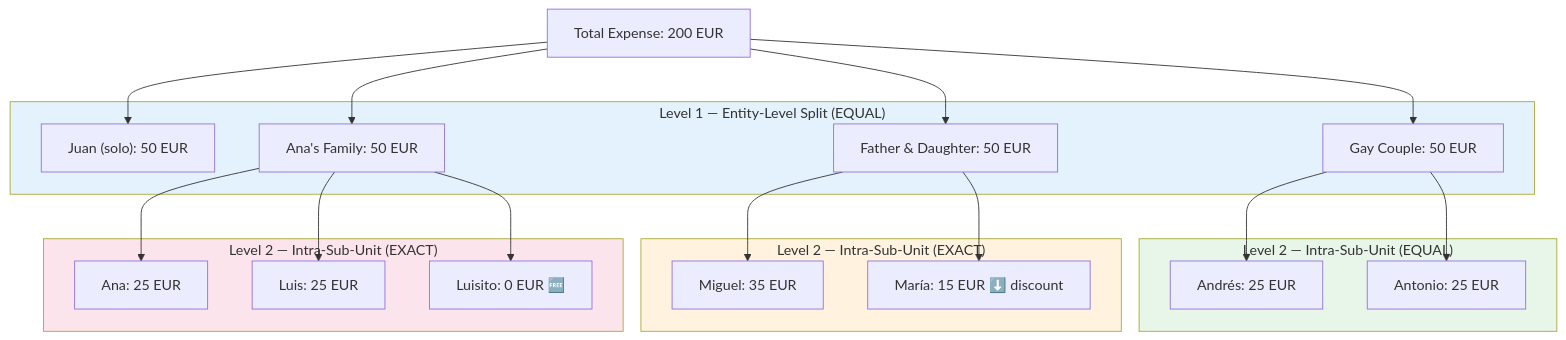
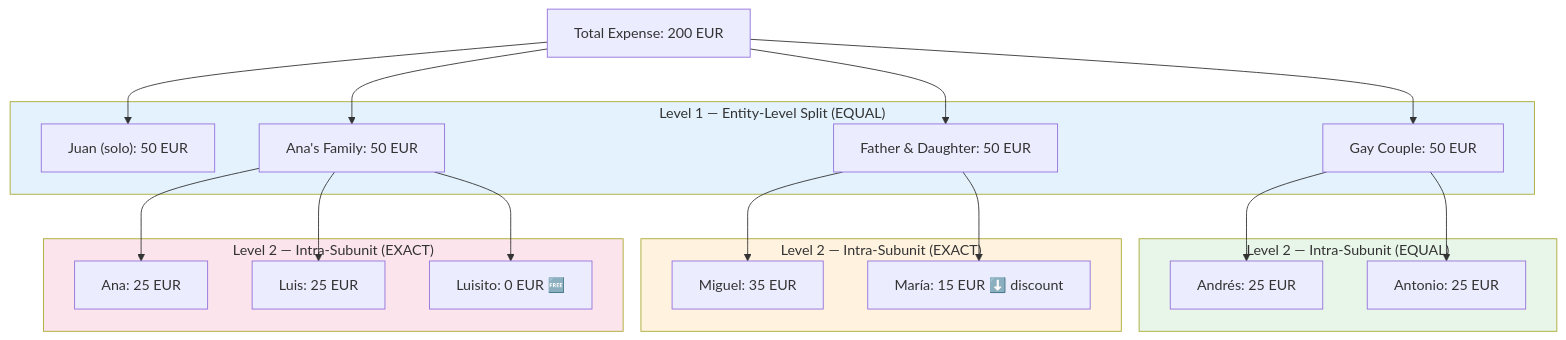
Before and after one commit to pedrazamiguez/expense-share-app: the fifth of 7 diagrams in wiki/sub-units-and-group-composition.md, drawn with Mermaid. The commit also changed other lines of this file and 66 other files, not shown here.

````diff
--- a/wiki/sub-units-and-group-composition.md
+++ b/wiki/sub-units-and-group-composition.md
@@ -317,45 +317,45 @@
 ```mermaid
 graph TB
     Total["Total Expense: 200 EUR"]
     
     subgraph Level1["Level 1 — Entity-Level Split (EQUAL)"]
         E1["Juan (solo): 50 EUR"]
         E2["Gay Couple: 50 EUR"]
         E3["Father & Daughter: 50 EUR"]
         E4["Ana's Family: 50 EUR"]
     end
 
-    subgraph Level2a["Level 2 — Intra-Sub-Unit (EQUAL)"]
+    subgraph Level2a["Level 2 — Intra-Subunit (EQUAL)"]
         M1["Andrés: 25 EUR"]
         M2["Antonio: 25 EUR"]
     end
 
-    subgraph Level2b["Level 2 — Intra-Sub-Unit (EXACT)"]
+    subgraph Level2b["Level 2 — Intra-Subunit (EXACT)"]
         M3["Miguel: 35 EUR"]
         M4["María: 15 EUR ⬇️ discount"]
     end
 
-    subgraph Level2c["Level 2 — Intra-Sub-Unit (EXACT)"]
+    subgraph Level2c["Level 2 — Intra-Subunit (EXACT)"]
         M5["Ana: 25 EUR"]
         M6["Luis: 25 EUR"]
         M7["Luisito: 0 EUR 🆓"]
     end
 
     Total --> E1
     Total --> E2
     Total --> E3
     Total --> E4
 
     E2 --> M1
     E2 --> M2
     E3 --> M3
     E3 --> M4
     E4 --> M5
     E4 --> M6
     E4 --> M7
 
     style Level1 fill:#e3f2fd
     style Level2a fill:#e8f5e9
     style Level2b fill:#fff3e0
     style Level2c fill:#fce4ec
 ```
````
